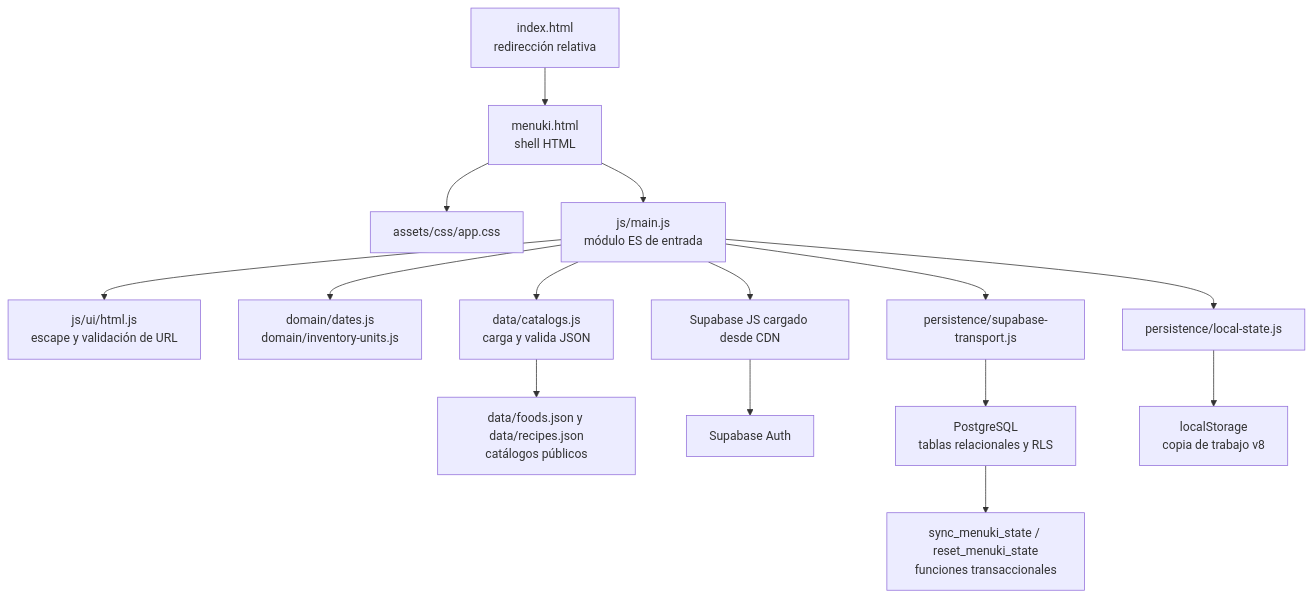
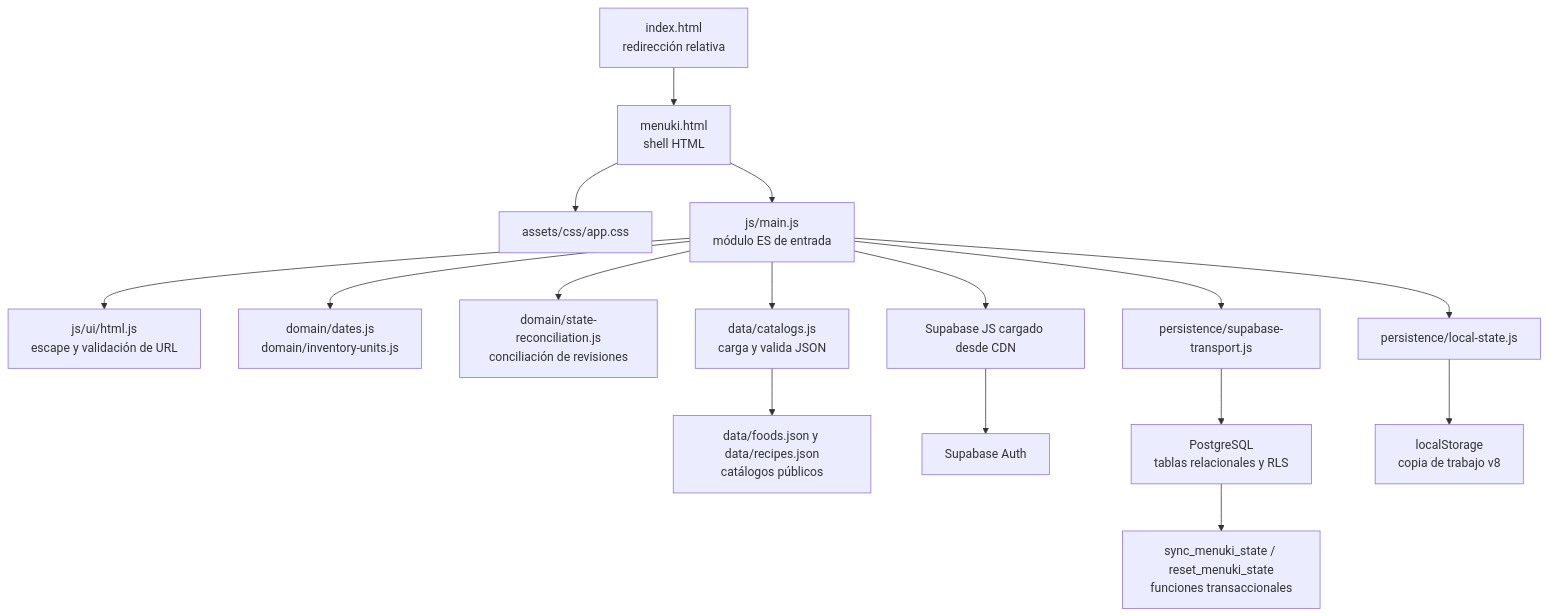
One commit to adrian-san-lop/food_planning changed the diagram in docs/front-end-audit.md. Above: the diagram before and after it, drawn with Mermaid. The commit also changed other lines of this file and 17 other files, not shown here.

````diff
--- a/docs/front-end-audit.md
+++ b/docs/front-end-audit.md
@@ -17,17 +17,18 @@
 ```mermaid
 flowchart TD
     A[index.html<br/>redirección relativa] --> B[menuki.html<br/>shell HTML]
     B --> CSS[assets/css/app.css]
     B --> M[js/main.js<br/>módulo ES de entrada]
     M --> U[js/ui/html.js<br/>escape y validación de URL]
     M --> D[domain/dates.js<br/>domain/inventory-units.js]
+    M --> R[domain/state-reconciliation.js<br/>conciliación de revisiones]
     M --> C[data/catalogs.js<br/>carga y valida JSON]
     M --> L[persistence/local-state.js]
     M --> T[persistence/supabase-transport.js]
     C --> J[data/foods.json y data/recipes.json<br/>catálogos públicos]
     M --> D2[Supabase JS cargado desde CDN]
     D2 --> E[Supabase Auth]
     T --> F[PostgreSQL<br/>tablas relacionales y RLS]
     L --> G[localStorage<br/>copia de trabajo v8]
     F --> H[sync_menuki_state / reset_menuki_state<br/>funciones transaccionales]
 ```
````
